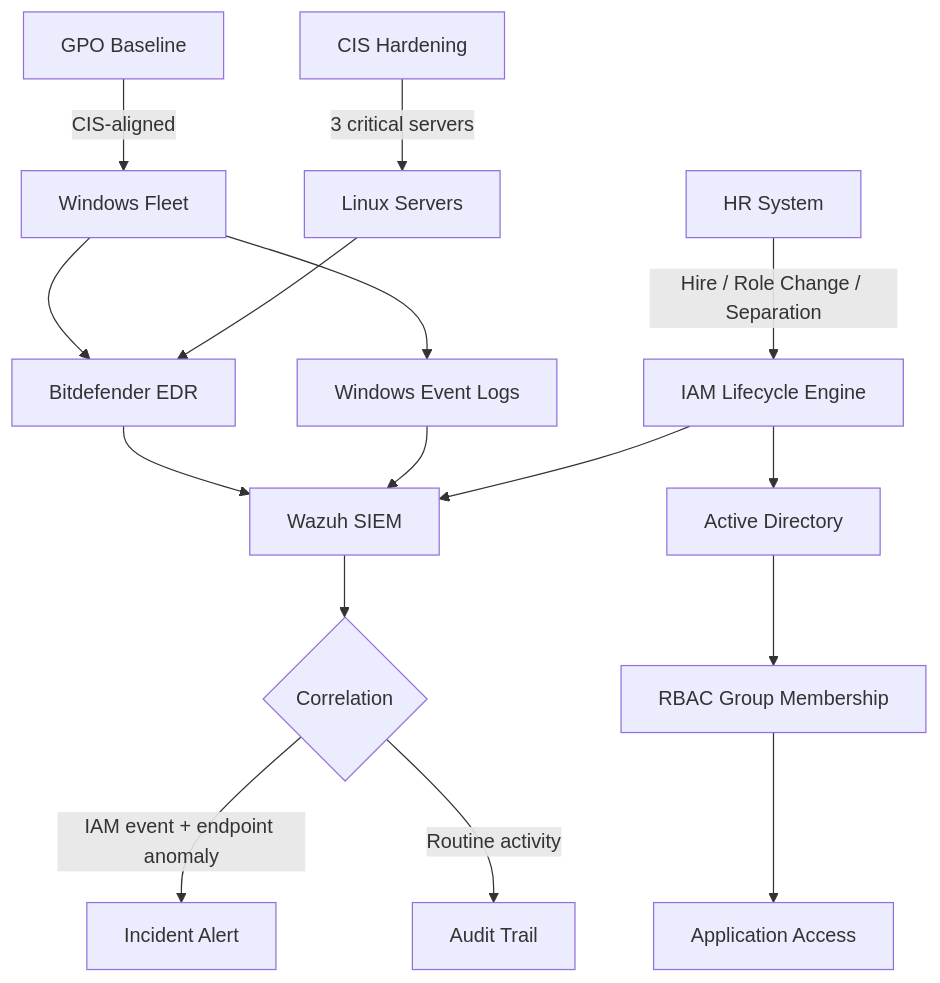
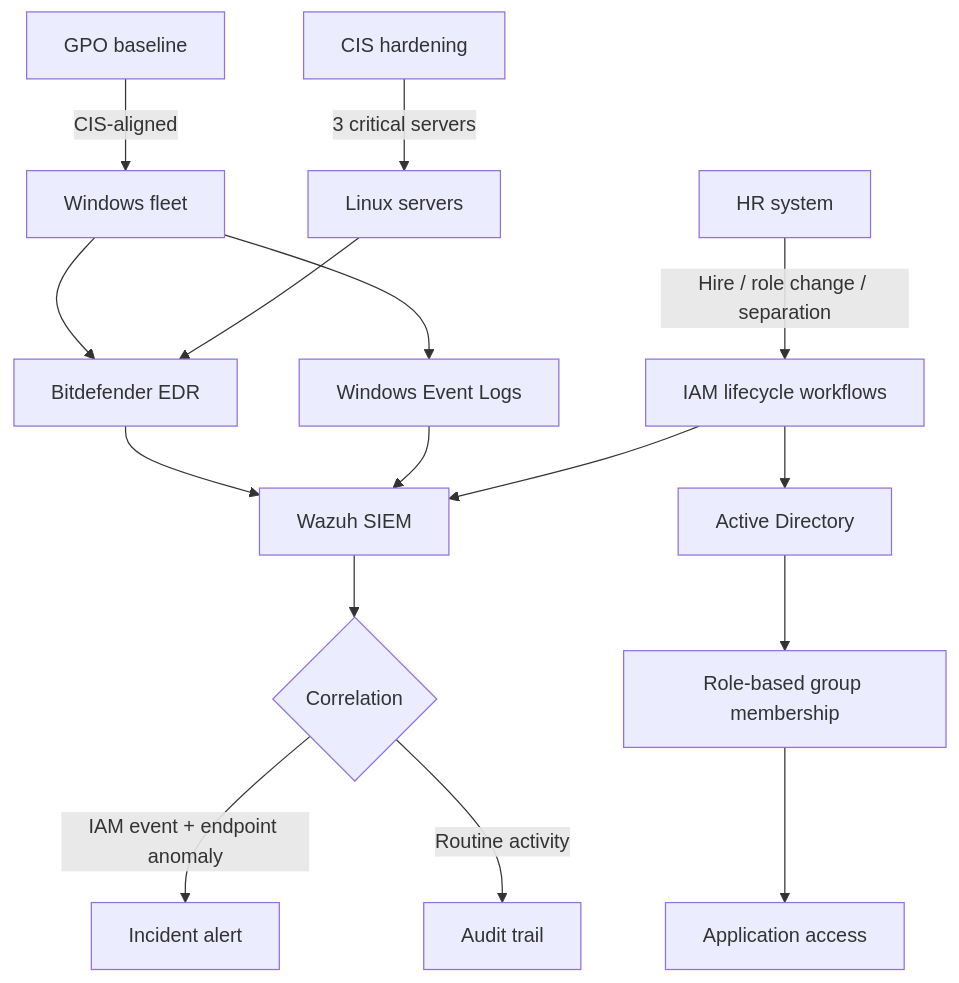
One commit to CHDevSec/portfolio changed the diagram in src/content/projects/en/iam-fintech.mdx. Above: the diagram before and after it, drawn with Mermaid. The commit also changed other lines of this file and 169 other files, not shown here.

````diff
--- a/src/content/projects/en/iam-fintech.mdx
+++ b/src/content/projects/en/iam-fintech.mdx
@@ -42,22 +59,22 @@
 ```mermaid
 flowchart TB
-    A[HR System] -->|Hire / Role Change / Separation| B[IAM Lifecycle Engine]
+    A[HR system] -->|Hire / role change / separation| B[IAM lifecycle workflows]
     B --> C[Active Directory]
-    C --> D[RBAC Group Membership]
-    D --> E[Application Access]
+    C --> D[Role-based group membership]
+    D --> E[Application access]
 
-    F[GPO Baseline] -->|CIS-aligned| G[Windows Fleet]
-    H[CIS Hardening] -->|3 critical servers| I[Linux Servers]
+    F[GPO baseline] -->|CIS-aligned| G[Windows fleet]
+    H[CIS hardening] -->|3 critical servers| I[Linux servers]
 
     G --> J[Bitdefender EDR]
     I --> J
     G --> K[Windows Event Logs]
 
     J --> L[Wazuh SIEM]
     K --> L
     B --> L
 
     L --> M{Correlation}
-    M -->|IAM event + endpoint anomaly| N[Incident Alert]
-    M -->|Routine activity| O[Audit Trail]
+    M -->|IAM event + endpoint anomaly| N[Incident alert]
+    M -->|Routine activity| O[Audit trail]
 ```
````
